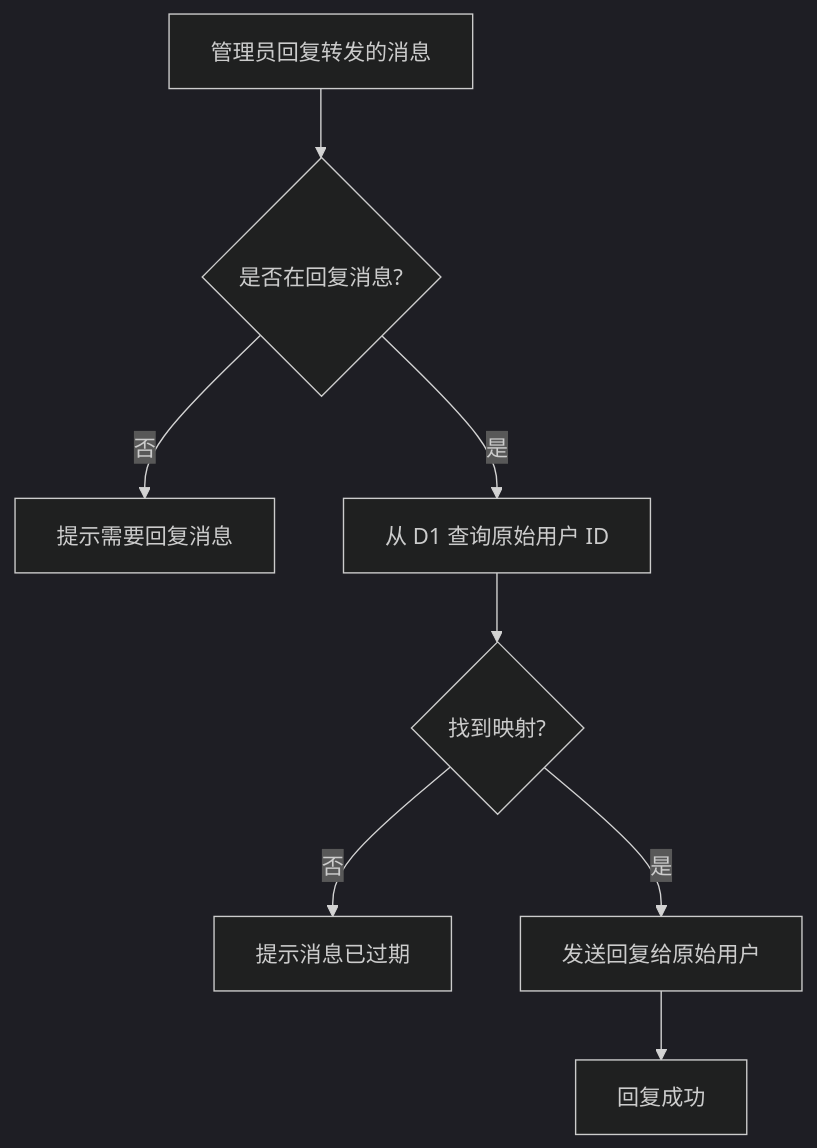
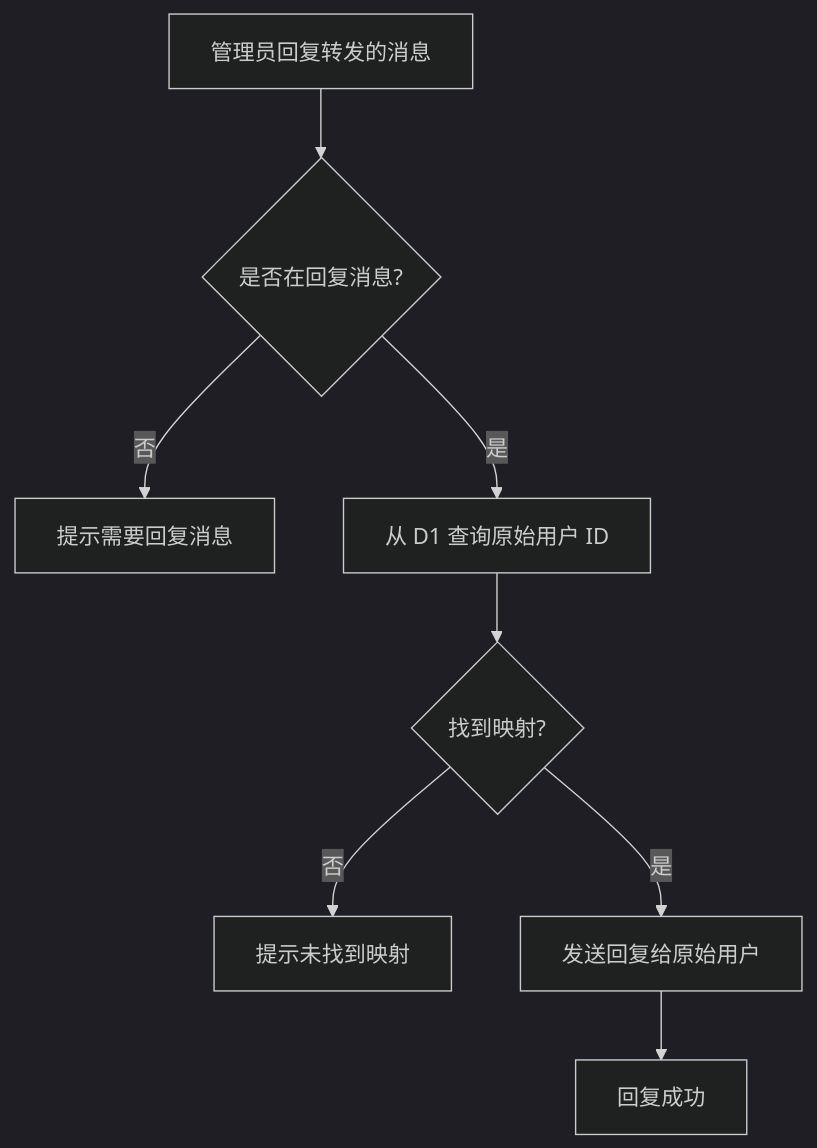
The second of 2 diagrams in README.md (pupilcc/telegram-watchdog), drawn with Mermaid (dark theme) before and after one commit. The commit also changed other lines of this file and 5 other files, not shown here.

````diff
--- a/README.md
+++ b/README.md
@@ -126,10 +126,10 @@
 ```mermaid
 graph TD
     A[管理员回复转发的消息] --> B{是否在回复消息?}
     B -->|否| C[提示需要回复消息]
     B -->|是| D[从 D1 查询原始用户 ID]
     D --> E{找到映射?}
-    E -->|否| F[提示消息已过期]
+    E -->|否| F[提示未找到映射]
     E -->|是| G[发送回复给原始用户]
     G --> H[回复成功]
 ```
````
